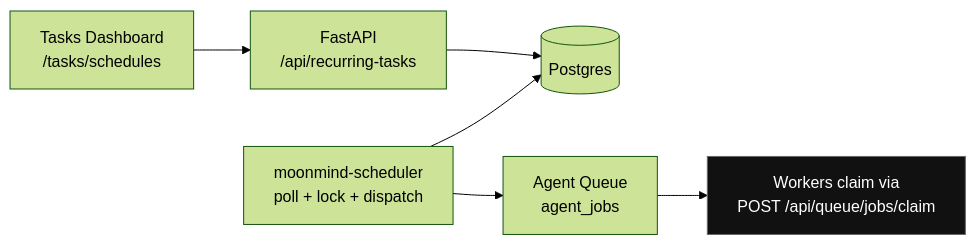
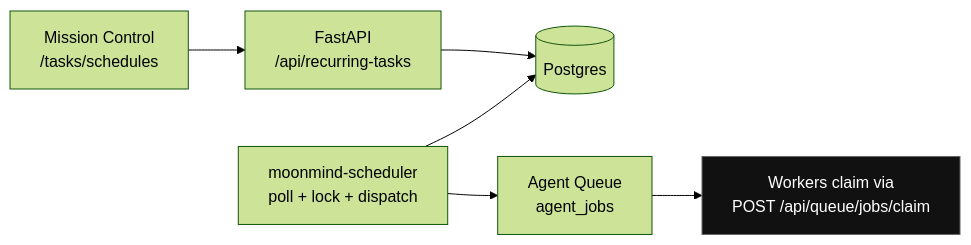
Before and after one commit to MoonLadderStudios/MoonMind: the diagram in docs/TaskRecurringSchedulesSystem.md, drawn with Mermaid (forest theme). The commit also changed other lines of this file and 34 other files, not shown here.

Commit message:
Rename dashboard docs to Mission Control

````diff
--- a/docs/TaskRecurringSchedulesSystem.md
+++ b/docs/TaskRecurringSchedulesSystem.md
@@ -41,9 +41,9 @@
 ```mermaid
 flowchart LR
-  UI[Tasks Dashboard<br/>/tasks/schedules] --> API[FastAPI<br/>/api/recurring-tasks]
+  UI[Mission Control<br/>/tasks/schedules] --> API[FastAPI<br/>/api/recurring-tasks]
   API --> DB[(Postgres)]
   Scheduler[moonmind-scheduler<br/>poll + lock + dispatch] --> DB
   Scheduler --> Queue[Agent Queue<br/>agent_jobs]
   Queue --> Workers[Workers claim via<br/>POST /api/queue/jobs/claim]:::w
   classDef w fill:#111,stroke:#666,color:#fff;
 ```
````
